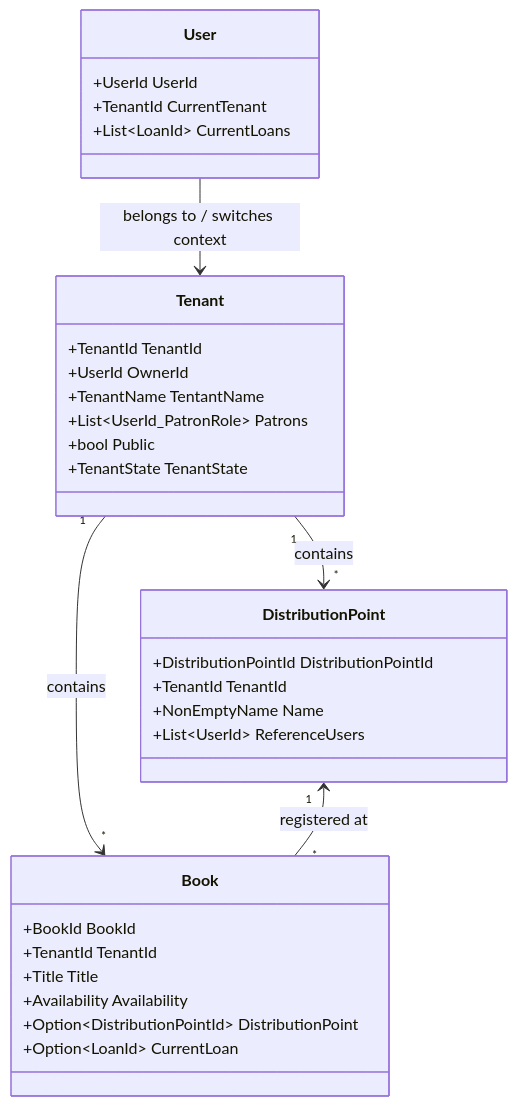
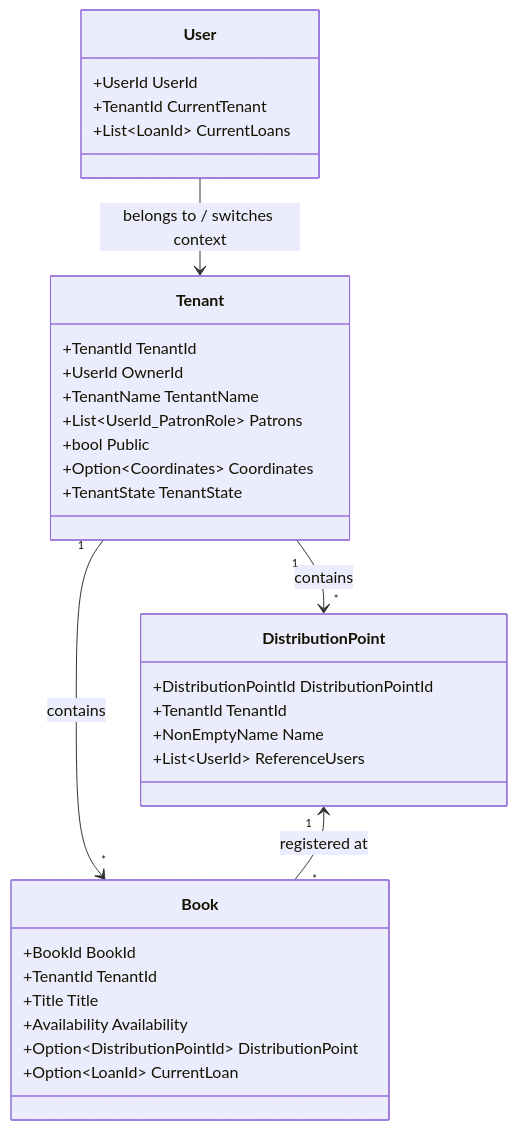
Before and after one commit to tonyx/blazorBookLibrary: the diagram in Docs/MultiTenancy.md, drawn with Mermaid. The commit also changed other lines of this file and 9 other files, not shown here.

````diff
--- a/Docs/MultiTenancy.md
+++ b/Docs/MultiTenancy.md
@@ -83,35 +83,36 @@
 ```mermaid
 classDiagram
     class Tenant {
         +TenantId TenantId
         +UserId OwnerId
         +TenantName TentantName
         +List~UserId_PatronRole~ Patrons
         +bool Public
+        +Option~Coordinates~ Coordinates
         +TenantState TenantState
     }
     class DistributionPoint {
         +DistributionPointId DistributionPointId
         +TenantId TenantId
         +NonEmptyName Name
         +List~UserId~ ReferenceUsers
     }
     class Book {
         +BookId BookId
         +TenantId TenantId
         +Title Title
         +Availability Availability
         +Option~DistributionPointId~ DistributionPoint
         +Option~LoanId~ CurrentLoan
     }
     class User {
         +UserId UserId
         +TenantId CurrentTenant
         +List~LoanId~ CurrentLoans
     }
 
     Tenant "1" --> "*" DistributionPoint : contains
     Tenant "1" --> "*" Book : contains
     DistributionPoint "1" <-- "*" Book : registered at
     User --> Tenant : belongs to / switches context
 ```
````
